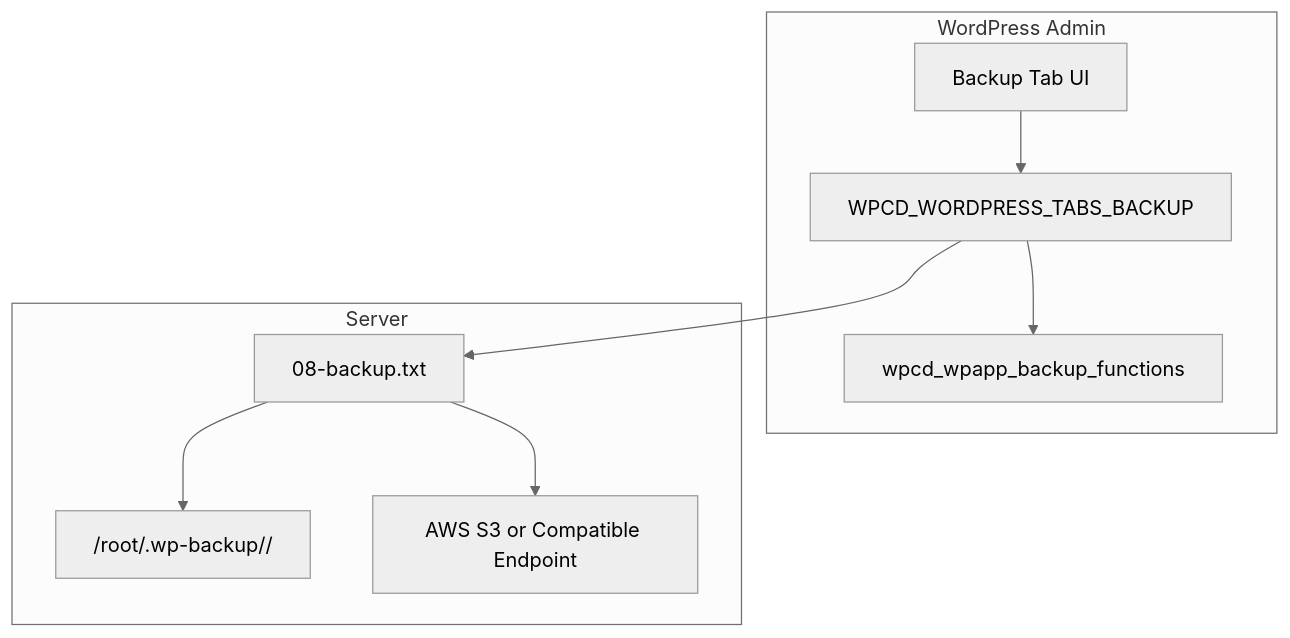
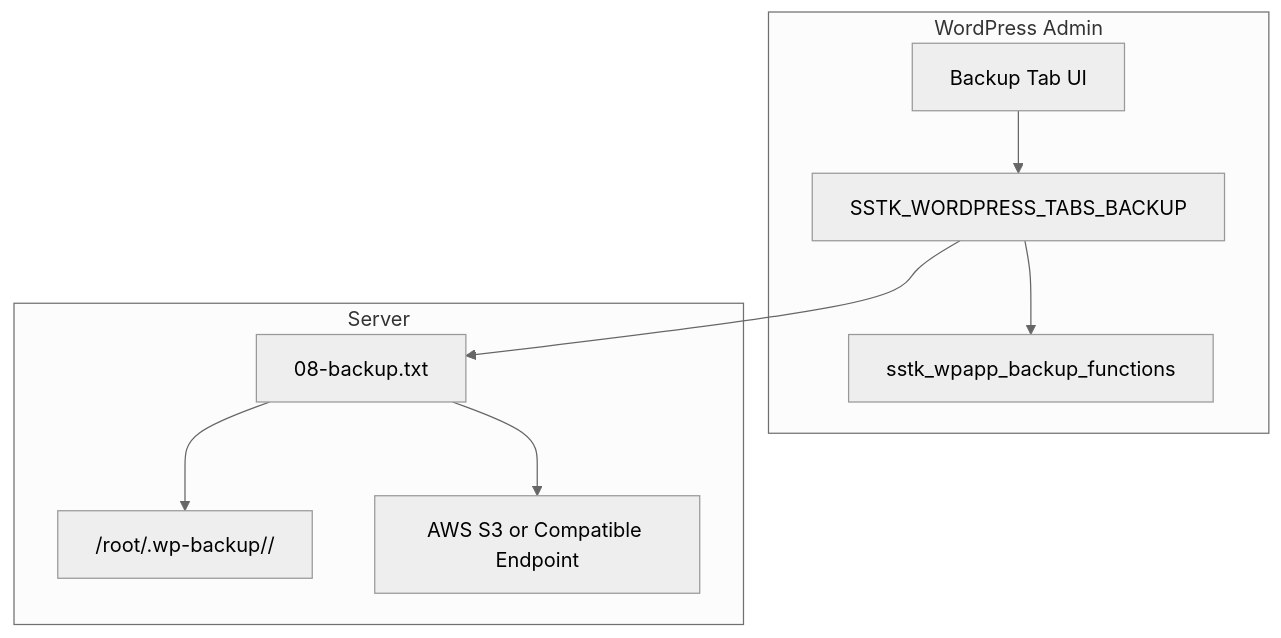
Before and after one commit to onedogsolutions/simple-stack: the first of 5 diagrams in .qoder/repowiki/en/content/Operational Tools/Backup & Restore System/Core Backup Operations.md, drawn with Mermaid (neutral theme). The commit also changed other lines of this file and 5941 other files, not shown here.

````diff
--- a/.qoder/repowiki/en/content/Operational Tools/Backup & Restore System/Core Backup Operations.md
+++ b/.qoder/repowiki/en/content/Operational Tools/Backup & Restore System/Core Backup Operations.md
@@ -45,18 +45,18 @@
 ```mermaid
 graph TB
 subgraph "WordPress Admin"
 UI["Backup Tab UI"]
-Controller["WPCD_WORDPRESS_TABS_BACKUP"]
-CredsTrait["wpcd_wpapp_backup_functions"]
+Controller["SSTK_WORDPRESS_TABS_BACKUP"]
+CredsTrait["sstk_wpapp_backup_functions"]
 end
 subgraph "Server"
 Script["08-backup.txt"]
 Storage["/root/.wp-backup/<domain>/"]
 S3["AWS S3 or Compatible Endpoint"]
 end
 UI --> Controller
 Controller --> CredsTrait
 Controller --> Script
 Script --> Storage
 Script --> S3
 ```
````
